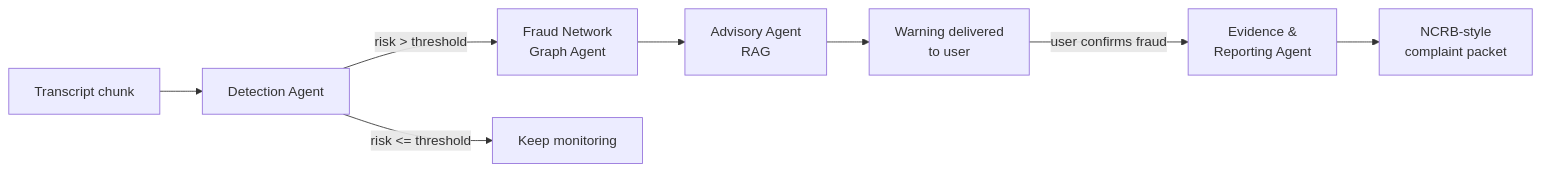
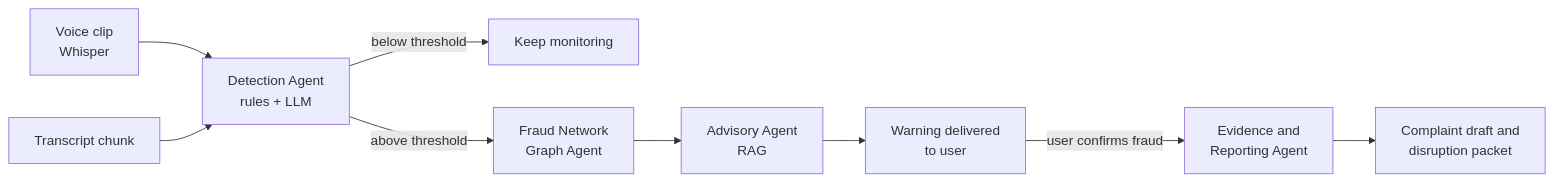
Before and after one commit to Pavankumar06T/AntiScam-AI: the diagram in README.md, drawn with Mermaid.

Commit message:
Fix the architecture diagram not rendering on GitHub
Mermaid was failing to parse the edge labels because of the unquoted
> and <= in "risk > threshold", and the & in "Evidence & Reporting".
Quoted every label and dropped those characters. Also added voice input
and the disruption packet so the diagram matches what the system does now.

````diff
--- a/README.md
+++ b/README.md
@@ -36,10 +36,11 @@
 ```mermaid
 graph LR
-    T[Transcript chunk] --> D[Detection Agent]
-    D -->|risk > threshold| G[Fraud Network<br/>Graph Agent]
-    D -->|risk <= threshold| M[Keep monitoring]
-    G --> A[Advisory Agent<br/>RAG]
-    A --> U[Warning delivered<br/>to user]
-    U -->|user confirms fraud| R[Evidence &<br/>Reporting Agent]
-    R --> C[NCRB-style<br/>complaint packet]
+    V["Voice clip<br/>Whisper"] --> D
+    T["Transcript chunk"] --> D["Detection Agent<br/>rules + LLM"]
+    D -->|"below threshold"| M["Keep monitoring"]
+    D -->|"above threshold"| G["Fraud Network<br/>Graph Agent"]
+    G --> A["Advisory Agent<br/>RAG"]
+    A --> U["Warning delivered<br/>to user"]
+    U -->|"user confirms fraud"| R["Evidence and<br/>Reporting Agent"]
+    R --> C["Complaint draft and<br/>disruption packet"]
 ```
````
